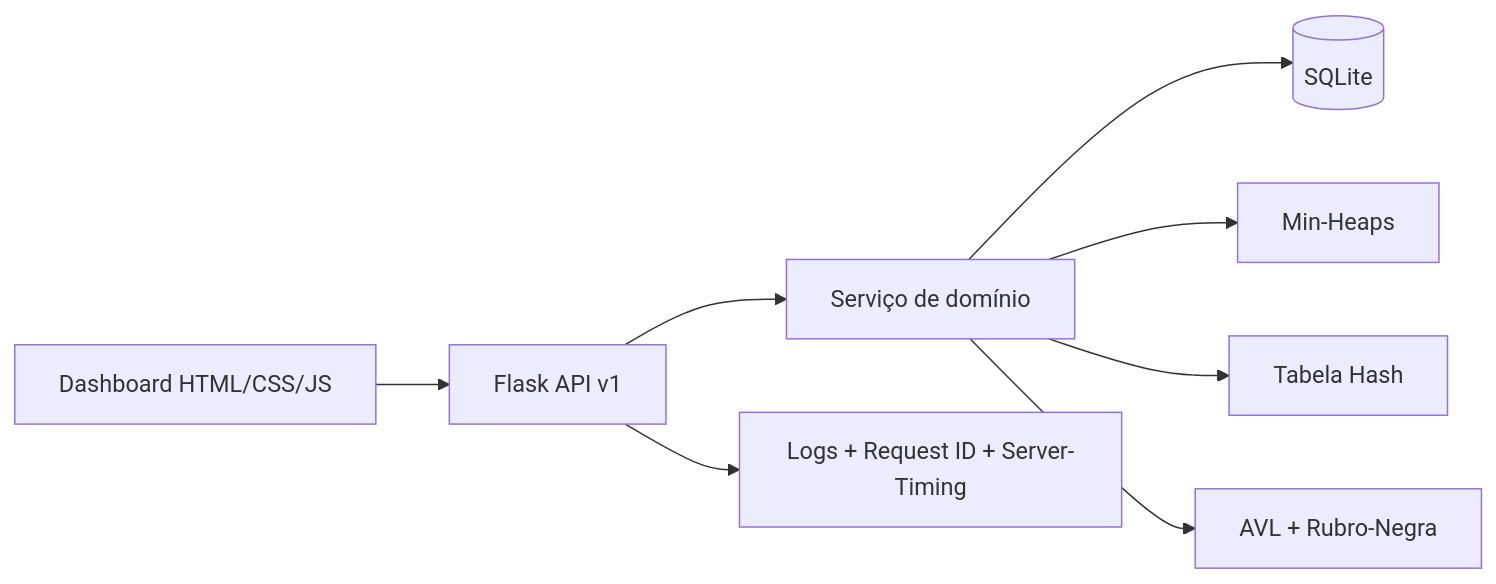
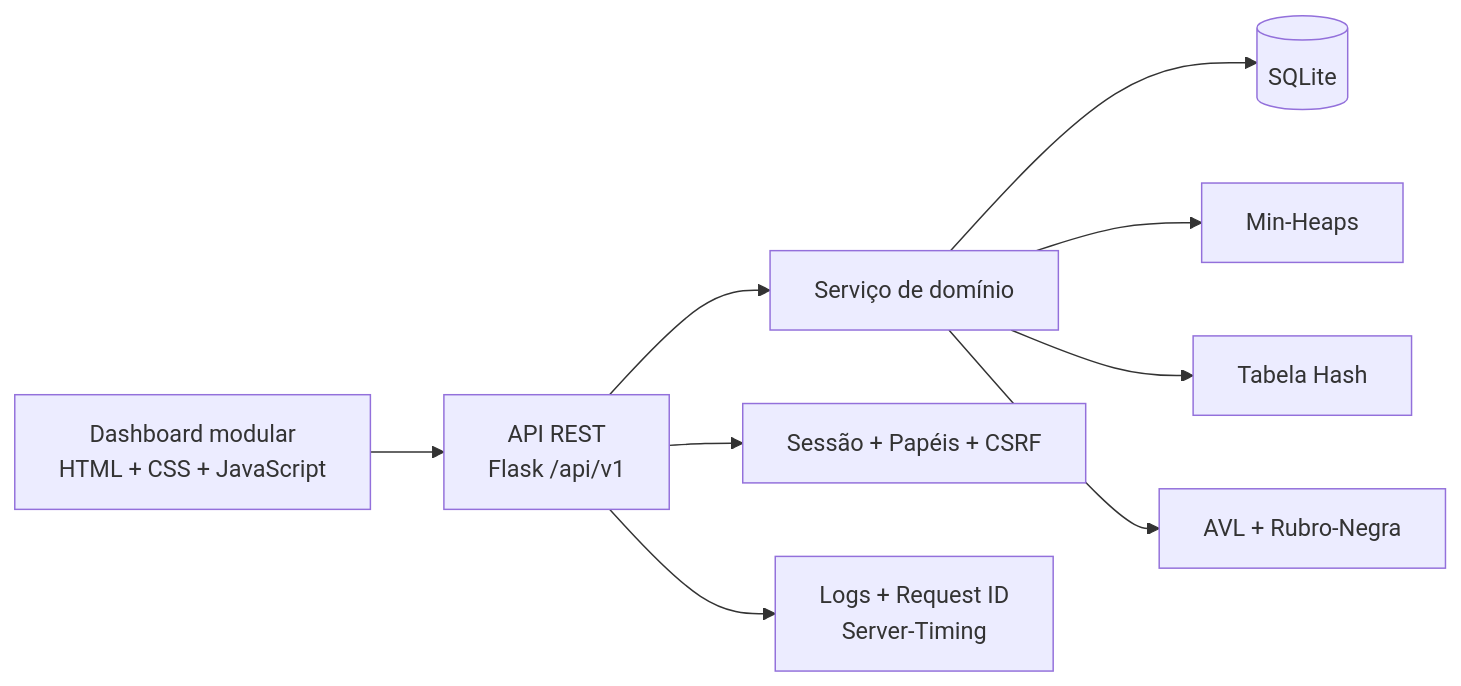
One commit to luiz-athayde87/Desenvolvimento-do-SIGAE changed the diagram in README.md. Above: the diagram before and after it, drawn with Mermaid. The commit also changed other lines of this file and 3 other files, not shown here.

````diff
--- a/README.md
+++ b/README.md
@@ -95,10 +161,11 @@
 ```mermaid
 flowchart LR
-    UI[Dashboard HTML/CSS/JS] --> API[Flask API v1]
+    UI[Dashboard modular<br/>HTML + CSS + JavaScript] --> API[API REST<br/>Flask /api/v1]
     API --> DOMAIN[Serviço de domínio]
     DOMAIN --> DB[(SQLite)]
     DOMAIN --> HEAPS[Min-Heaps]
     DOMAIN --> HASH[Tabela Hash]
     DOMAIN --> TREES[AVL + Rubro-Negra]
-    API --> OBS[Logs + Request ID + Server-Timing]
+    API --> AUTH[Sessão + Papéis + CSRF]
+    API --> OBS[Logs + Request ID<br/>Server-Timing]
 ```
````
